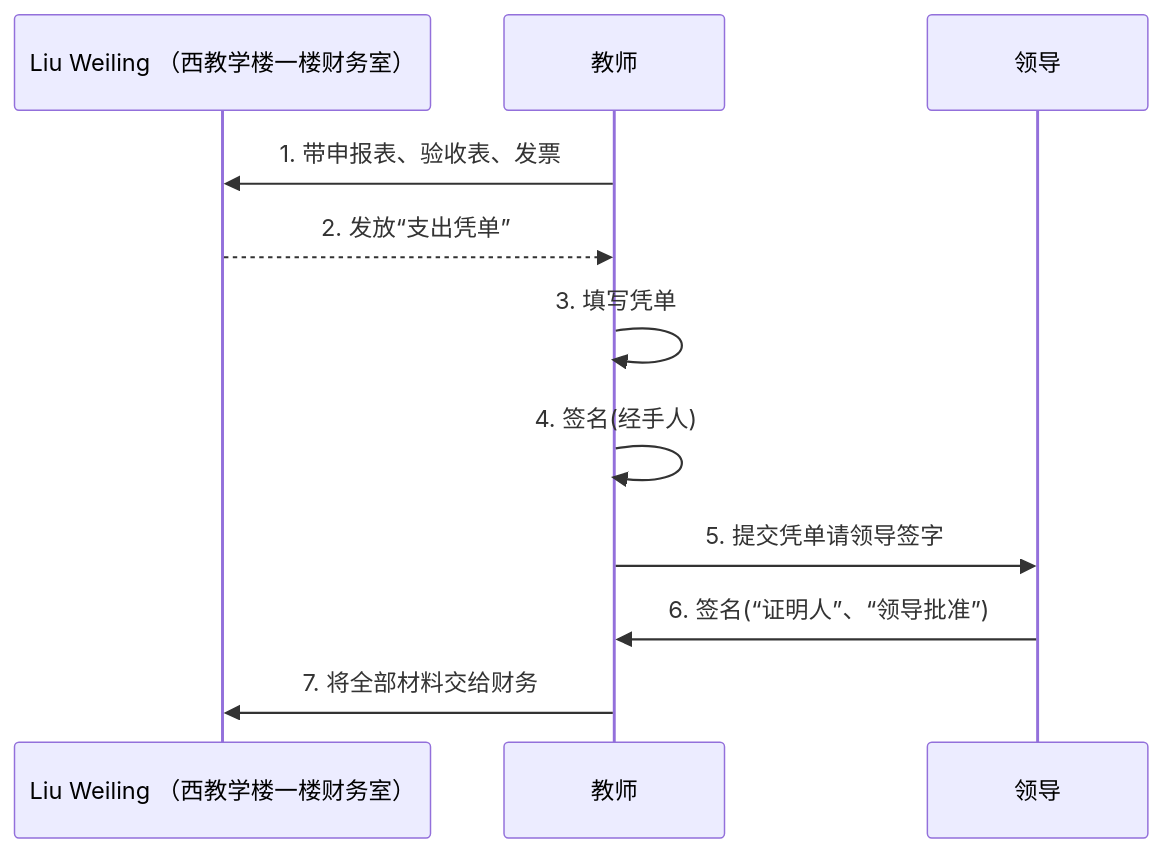
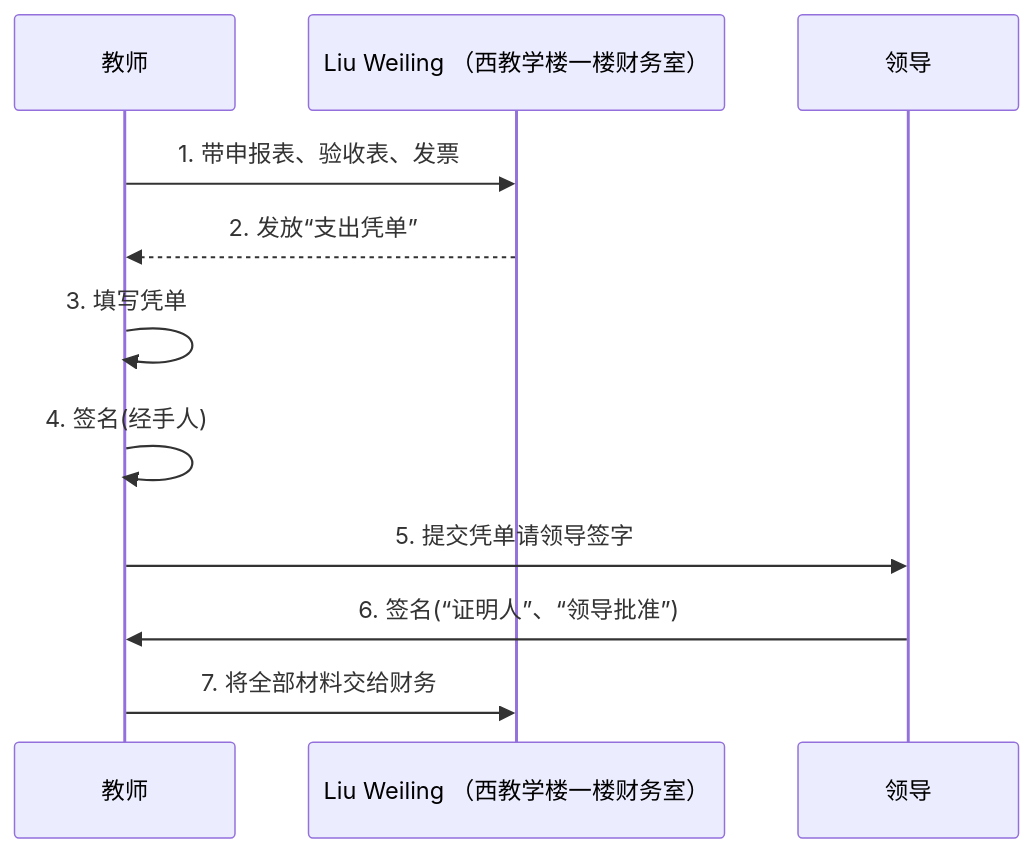
One commit to eddiehe99/cyber-banzhuren changed the fourth of 4 diagrams in docs/docs/tutorials/procurement.mdx. Above: the diagram before and after it, drawn with Mermaid.

Commit message:
fix: update participant names in reimbursement sequence diagram

````diff
--- a/docs/docs/tutorials/procurement.mdx
+++ b/docs/docs/tutorials/procurement.mdx
@@ -129,14 +129,14 @@
 ```mermaid
 sequenceDiagram
-    participant 财务 as Liu Weiling （西教学楼一楼财务室）
-    participant 教师 as 教师
-    participant 领导 as 领导
+    participant Teacher as 教师
+    participant Accountant as Liu Weiling （西教学楼一楼财务室）
+    participant Chair as 领导
 
-    教师->>财务: 1. 带申报表、验收表、发票
-    财务-->>教师: 2. 发放“支出凭单”
-    教师->>教师: 3. 填写凭单
-    教师->>教师: 4. 签名(经手人)
-    教师->>领导: 5. 提交凭单请领导签字
-    领导->>教师: 6. 签名(“证明人”、“领导批准”)
-    教师->>财务: 7. 将全部材料交给财务
+    Teacher->>Accountant: 1. 带申报表、验收表、发票
+    Accountant-->>Teacher: 2. 发放“支出凭单”
+    Teacher->>Teacher: 3. 填写凭单
+    Teacher->>Teacher: 4. 签名(经手人)
+    Teacher->>Chair: 5. 提交凭单请领导签字
+    Chair->>Teacher: 6. 签名(“证明人”、“领导批准”)
+    Teacher->>Accountant: 7. 将全部材料交给财务
 ```
````
